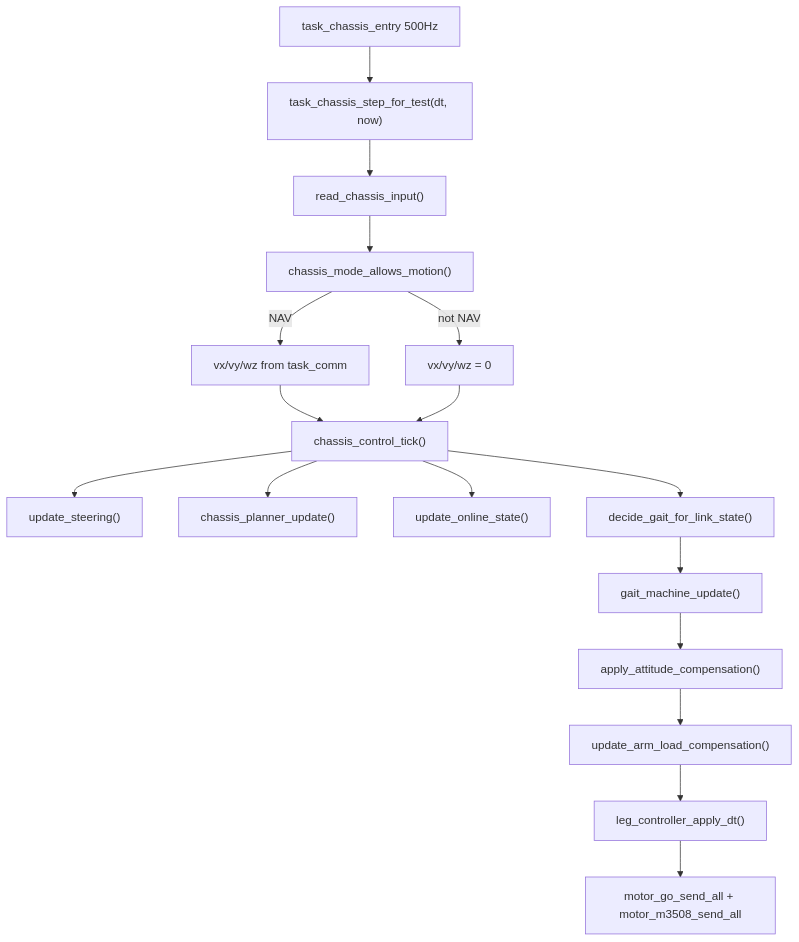
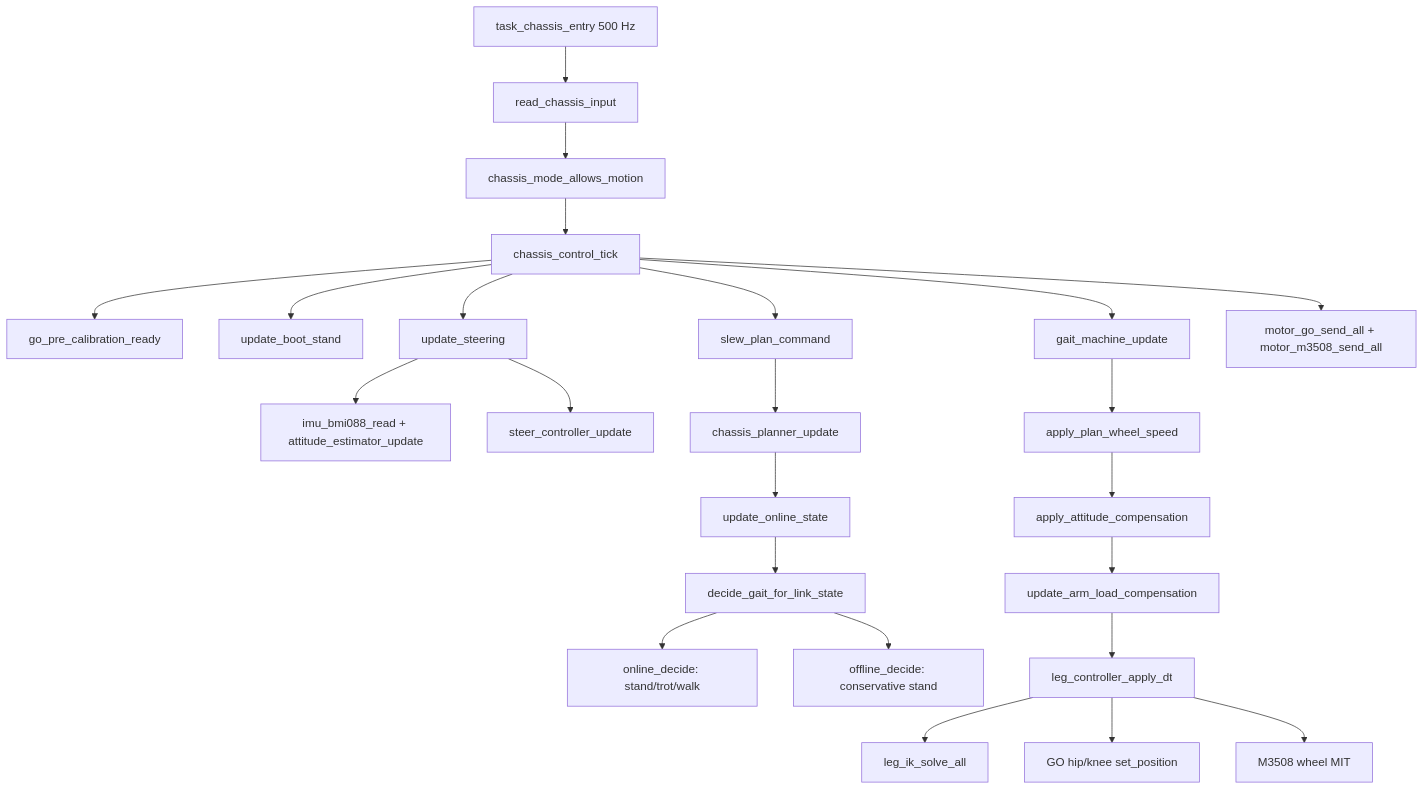
The second of 4 diagrams in docs/unified_control_code_map.md (perfectYYY/FengMH), drawn with Mermaid before and after one commit. The commit also changed other lines of this file and 11 other files, not shown here.

````diff
--- a/docs/unified_control_code_map.md
+++ b/docs/unified_control_code_map.md
@@ -321,19 +51,27 @@
 ```mermaid
 flowchart TD
-    TCH["task_chassis_entry 500Hz"] --> STEP["task_chassis_step_for_test(dt, now)"]
-    STEP --> READ["read_chassis_input()"]
-    READ --> MODE["chassis_mode_allows_motion()"]
-    MODE -->|NAV| LIVE["vx/vy/wz from task_comm"]
-    MODE -->|not NAV| ZERO["vx/vy/wz = 0"]
-    LIVE --> TICK["chassis_control_tick()"]
-    ZERO --> TICK
-    TICK --> STEER["update_steering()"]
-    TICK --> PLAN["chassis_planner_update()"]
-    TICK --> ONLINE["update_online_state()"]
-    TICK --> GAIT["decide_gait_for_link_state()"]
-    GAIT --> OUTPUT["gait_machine_update()"]
-    OUTPUT --> ATT["apply_attitude_compensation()"]
-    ATT --> ARMLOAD["update_arm_load_compensation()"]
-    ARMLOAD --> LEGCTRL["leg_controller_apply_dt()"]
-    LEGCTRL --> FLUSH["motor_go_send_all + motor_m3508_send_all"]
+    ENTRY["task_chassis_entry 500 Hz"] --> READ["read_chassis_input"]
+    READ --> GATE["chassis_mode_allows_motion"]
+    GATE --> TICK["chassis_control_tick"]
+
+    TICK --> PRECAL["go_pre_calibration_ready"]
+    TICK --> BOOT["update_boot_stand"]
+    TICK --> STEER["update_steering"]
+    STEER --> IMU["imu_bmi088_read + attitude_estimator_update"]
+    STEER --> YAW["steer_controller_update"]
+    TICK --> SLEW["slew_plan_command"]
+    SLEW --> PLAN["chassis_planner_update"]
+    PLAN --> LINK["update_online_state"]
+    LINK --> DECIDE["decide_gait_for_link_state"]
+    DECIDE --> ONLINE["online_decide: stand/trot/walk"]
+    DECIDE --> OFFLINE["offline_decide: conservative stand"]
+    TICK --> GAIT["gait_machine_update"]
+    GAIT --> WHEEL["apply_plan_wheel_speed"]
+    WHEEL --> ATT["apply_attitude_compensation"]
+    ATT --> LOAD["update_arm_load_compensation"]
+    LOAD --> LEG["leg_controller_apply_dt"]
+    LEG --> IK["leg_ik_solve_all"]
+    LEG --> GO["GO hip/knee set_position"]
+    LEG --> M3508["M3508 wheel MIT"]
+    TICK --> FLUSH["motor_go_send_all + motor_m3508_send_all"]
 ```
````
